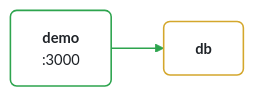
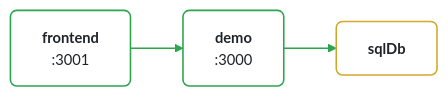
One commit to willtsai/radius-todo-app changed the diagram in README.md. Above: the diagram before and after it, drawn with Mermaid. The commit also changed other lines of this file and 1 other file, not shown here.

Commit message:
docs: update architecture diagram [automated]

````diff
--- a/README.md
+++ b/README.md
@@ -12,13 +13,17 @@
 ```mermaid
 %%{ init: { 'theme': 'base', 'themeVariables': { 'primaryColor': '#ffffff', 'primaryTextColor': '#1f2328', 'primaryBorderColor': '#d1d9e0', 'lineColor': '#2da44e', 'secondaryColor': '#f6f8fa', 'tertiaryColor': '#ffffff', 'background': '#ffffff', 'mainBkg': '#ffffff', 'nodeBorder': '#d1d9e0', 'clusterBkg': '#f6f8fa', 'clusterBorder': '#d1d9e0', 'fontSize': '14px', 'fontFamily': '-apple-system, BlinkMacSystemFont, Segoe UI, Noto Sans, Helvetica, Arial, sans-serif' } } }%%
 graph LR
     classDef container fill:#ffffff,stroke:#2da44e,stroke-width:1.5px,color:#1f2328,rx:6,ry:6
     classDef datastore fill:#ffffff,stroke:#d4a72c,stroke-width:1.5px,color:#1f2328,rx:6,ry:6
     classDef other fill:#ffffff,stroke:#d1d9e0,stroke-width:1.5px,color:#1f2328,rx:6,ry:6
     demo["<b>demo</b><br/>:3000"]:::container
-    db["<b>db</b>"]:::datastore
-    demo --> db
+    frontend["<b>frontend</b><br/>:3001"]:::container
+    sqlDb["<b>sqlDb</b>"]:::datastore
+    demo --> sqlDb
+    frontend --> demo
     click demo href "https://github.com/willtsai/radius-todo-app/blob/main/app.bicep#L14" "app.bicep:14" _blank
-    click db href "https://github.com/willtsai/radius-todo-app/blob/main/app.bicep#L40" "app.bicep:40" _blank
+    click frontend href "https://github.com/willtsai/radius-todo-app/blob/main/app.bicep#L48" "app.bicep:48" _blank
+    click sqlDb href "https://github.com/willtsai/radius-todo-app/blob/main/app.bicep#L40" "app.bicep:40" _blank
     linkStyle 0 stroke:#2da44e,stroke-width:1.5px
+    linkStyle 1 stroke:#2da44e,stroke-width:1.5px
 ```
````
